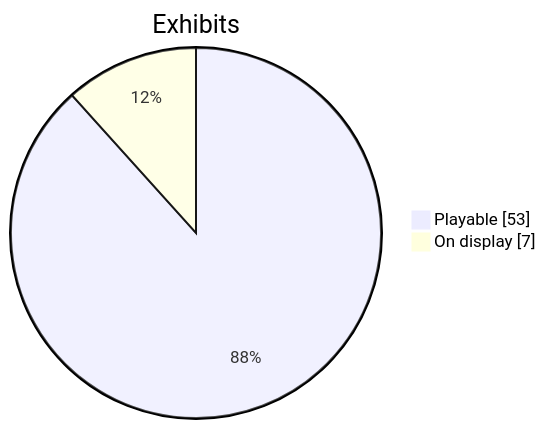
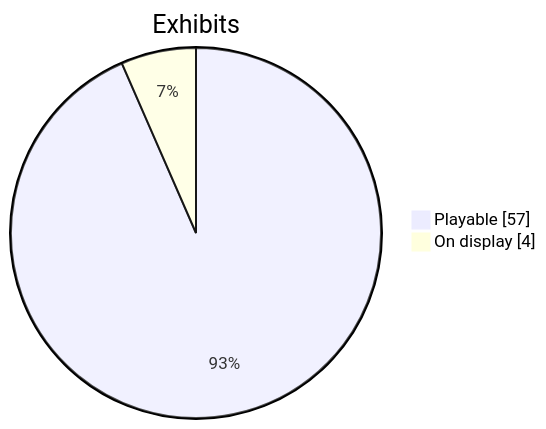
Before and after one commit to CptNope/Librarium-Archives: the second of 2 diagrams in docs/roadmap.md, drawn with Mermaid. The commit also changed other lines of this file and 11 other files, not shown here.

````diff
--- a/docs/roadmap.md
+++ b/docs/roadmap.md
@@ -23,6 +24,6 @@
 ```mermaid
 pie showData
     title Exhibits
-    "Playable" : 53
-    "On display" : 7
+    "Playable" : 57
+    "On display" : 4
 ```
````
